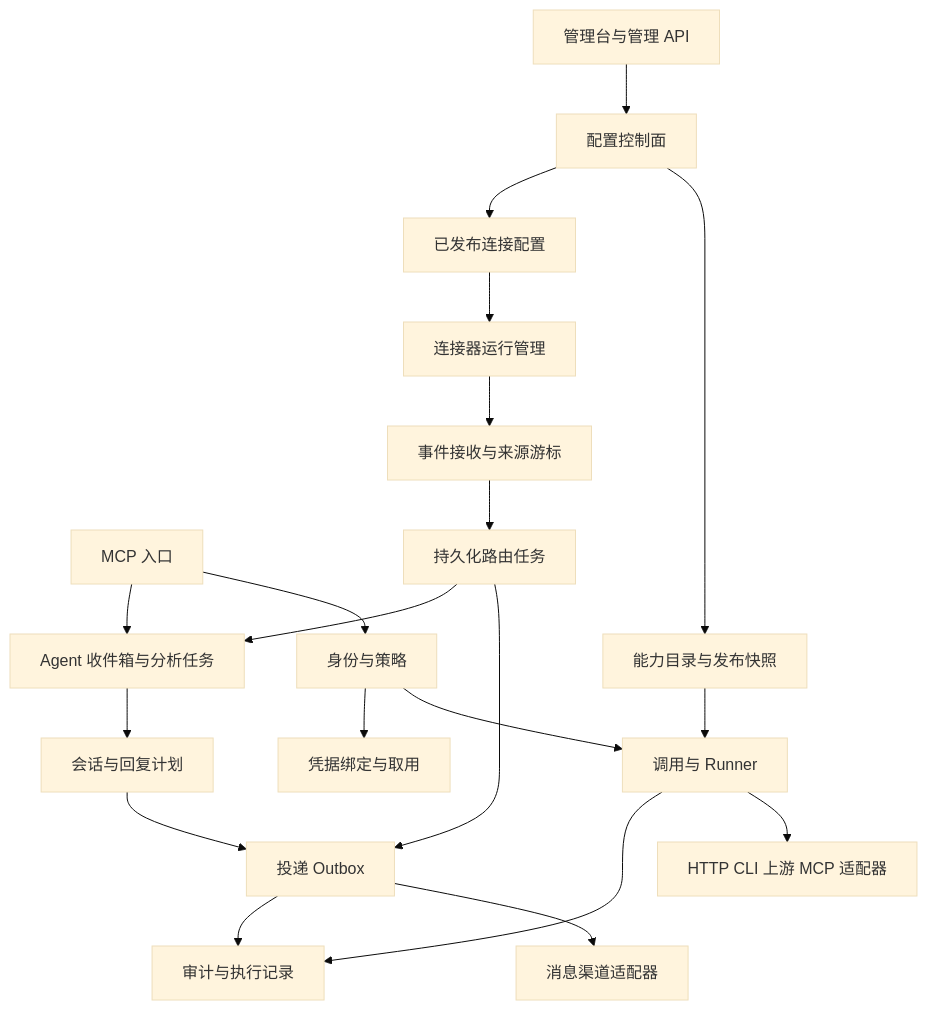
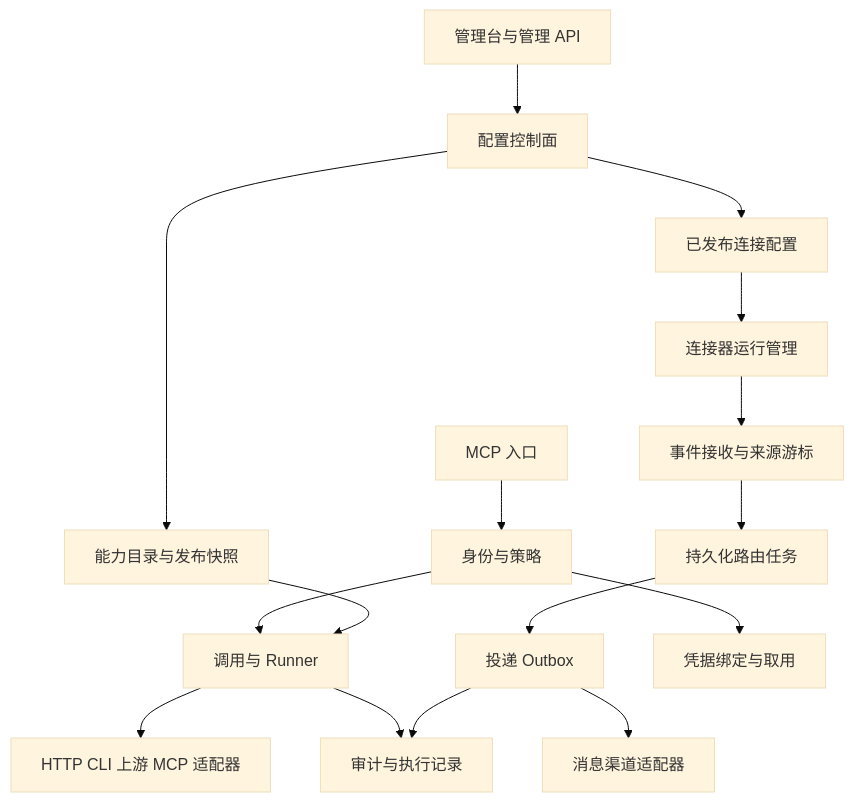
The diagram in docs/architecture/README.md (letoille/synquay), drawn with Mermaid (base theme) before and after one commit. The commit also changed other lines of this file and 118 other files, not shown here.

````diff
--- a/docs/architecture/README.md
+++ b/docs/architecture/README.md
@@ -53,22 +54,18 @@
 ```mermaid
 flowchart TB
   UI[管理台与管理 API] --> CP[配置控制面]
   CP --> PUB[能力目录与发布快照]
   EDGE[MCP 入口] --> AUTH[身份与策略]
   AUTH --> INV[调用与 Runner]
   PUB --> INV
   INV --> ADAPT[HTTP CLI 上游 MCP 适配器]
   CP --> CONFIG[已发布连接配置]
   CONFIG --> RT[连接器运行管理]
   RT --> ING[事件接收与来源游标]
   ING --> ROUTE[持久化路由任务]
   ROUTE --> OUT[投递 Outbox]
-  ROUTE --> JOB[Agent 收件箱与分析任务]
-  EDGE --> JOB
-  JOB --> REPLY[会话与回复计划]
-  REPLY --> OUT
   OUT --> SEND[消息渠道适配器]
   AUTH --> SEC[凭据绑定与取用]
   INV --> AUD[审计与执行记录]
   OUT --> AUD
 ```
````
